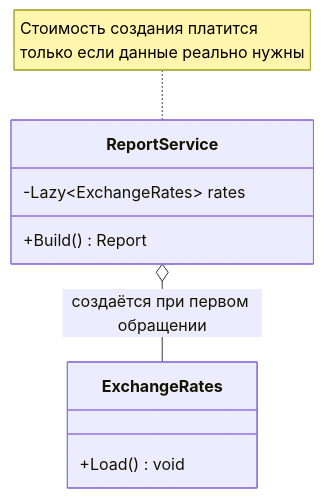
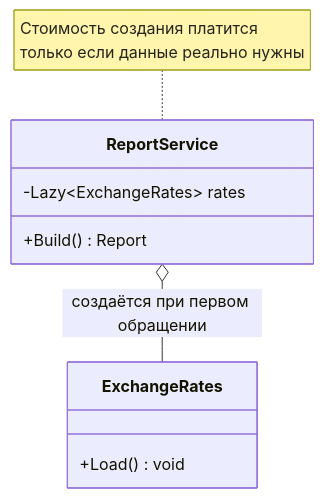
One commit to radilov-spsu/materials changed the first of 3 diagrams in OOP/self-study/05-lazy-object-pool-multiton.md. Above: the diagram before and after it, drawn with Mermaid. The commit also changed other lines of this file and 12 other files, not shown here.

Commit message:
Цвет текста заметок задаём конфигурацией mermaid: Material рендерит диаграммы в Shadow DOM

````diff
--- a/OOP/self-study/05-lazy-object-pool-multiton.md
+++ b/OOP/self-study/05-lazy-object-pool-multiton.md
@@ -48,12 +48,13 @@
 ```mermaid
+%%{init: {'themeVariables': {'noteTextColor': '#26251c'}}}%%
 classDiagram
     class ReportService {
         -Lazy~ExchangeRates~ rates
         +Build() Report
     }
     class ExchangeRates {
         +Load() void
     }
     ReportService o-- ExchangeRates : создаётся при первом обращении
     note for ReportService "Стоимость создания платится<br/>только если данные реально нужны"
 ```
````
